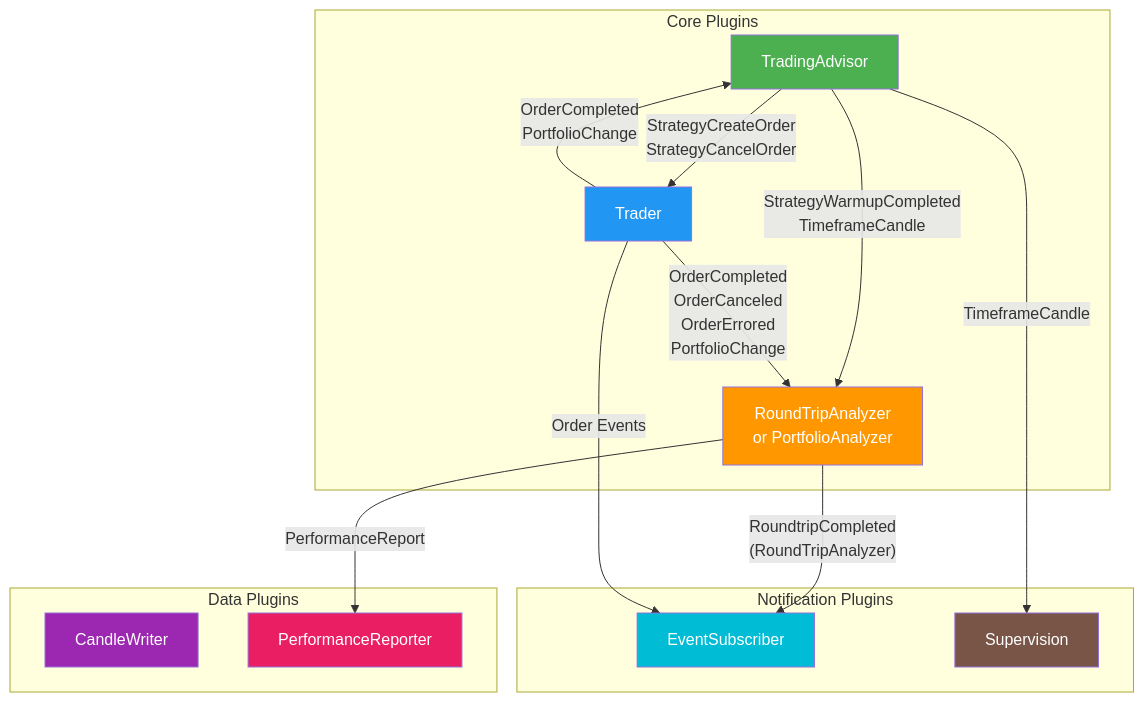
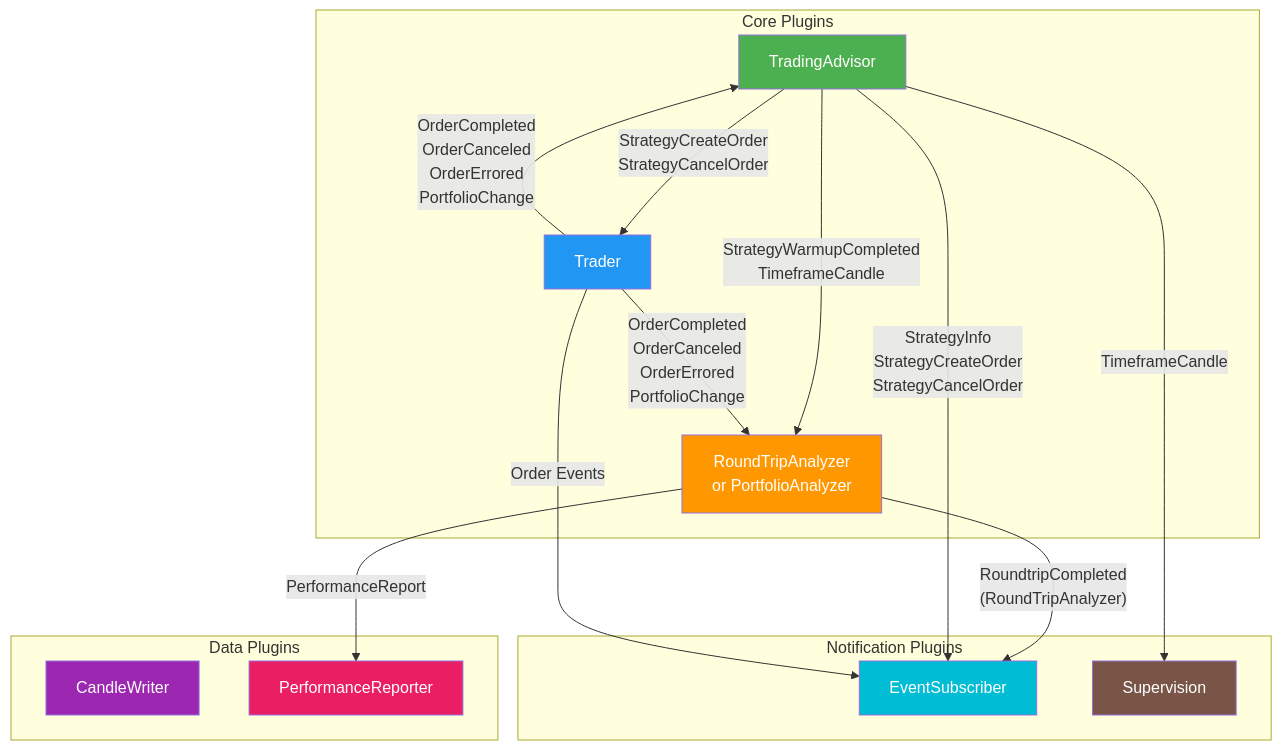
The diagram in documentation/plugins.md (youtix/gekko2), drawn with Mermaid before and after one commit. The commit also changed other lines of this file and 4 other files, not shown here.

````diff
--- a/documentation/plugins.md
+++ b/documentation/plugins.md
@@ -651,35 +662,36 @@
 ```mermaid
 graph TD
     subgraph Core Plugins
         TA[TradingAdvisor]
         TR[Trader]
         AN["RoundTripAnalyzer<br>or PortfolioAnalyzer"]
     end
     
     subgraph Data Plugins
         CW[CandleWriter]
         PR[PerformanceReporter]
     end
     
     subgraph Notification Plugins
         ES[EventSubscriber]
         SU[Supervision]
     end
     
     TA -->|"StrategyCreateOrder<br>StrategyCancelOrder"| TR
     TA -->|"TimeframeCandle"| SU
-    TR -->|"OrderCompleted<br>PortfolioChange"| TA
+    TR -->|"OrderCompleted<br>OrderCanceled<br>OrderErrored<br>PortfolioChange"| TA
     TA -->|"StrategyWarmupCompleted<br>TimeframeCandle"| AN
     TR -->|"OrderCompleted<br>OrderCanceled<br>OrderErrored<br>PortfolioChange"| AN
     AN -->|"PerformanceReport"| PR
     AN -->|"RoundtripCompleted<br>(RoundTripAnalyzer)"| ES
+    TA -->|"StrategyInfo<br>StrategyCreateOrder<br>StrategyCancelOrder"| ES
     TR -->|"Order Events"| ES
     
     style TA fill:#4CAF50,color:white
     style TR fill:#2196F3,color:white
     style AN fill:#FF9800,color:white
     style CW fill:#9C27B0,color:white
     style PR fill:#E91E63,color:white
     style ES fill:#00BCD4,color:white
     style SU fill:#795548,color:white
 ```
````
